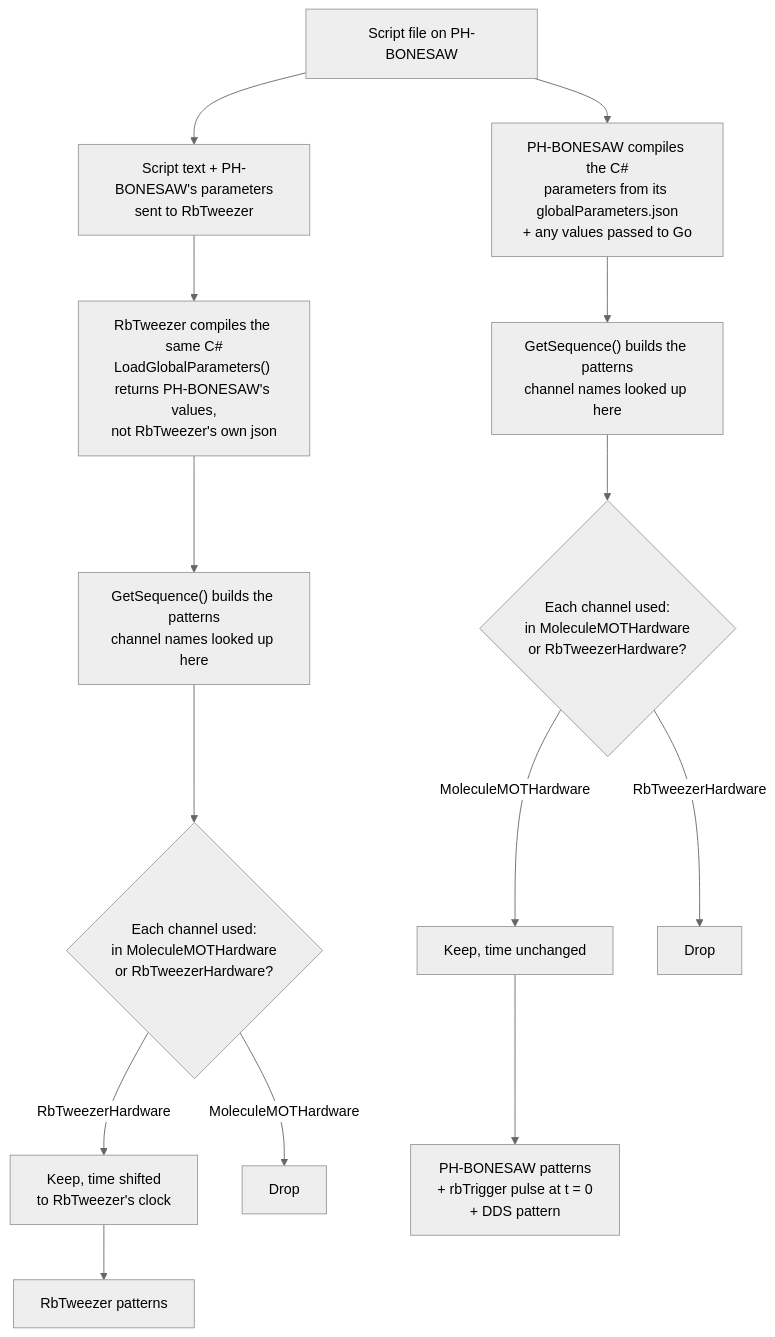
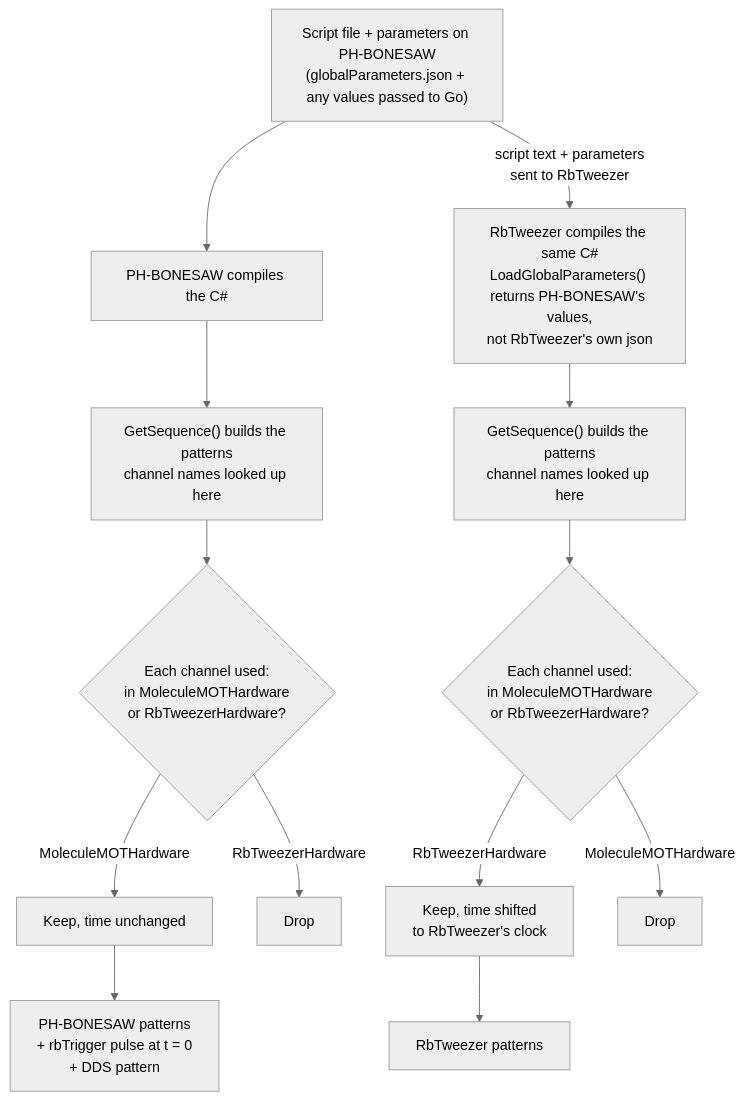
Before and after one commit to ColdMatter/EDMSuite: the first of 2 diagrams in docs/linked-motmaster-flowchart.md, drawn with Mermaid (neutral theme).

Commit message:
docs: line up the two sides of the linked script flow chart

````diff
--- a/docs/linked-motmaster-flowchart.md
+++ b/docs/linked-motmaster-flowchart.md
@@ -7,16 +7,16 @@
 ```mermaid
 flowchart TD
-    F["Script file on PH-BONESAW"] --> C1["PH-BONESAW compiles the C#<br>parameters from its globalParameters.json<br>+ any values passed to Go"]
-    F --> T["Script text + PH-BONESAW's parameters<br>sent to RbTweezer"]
-    T --> C2["RbTweezer compiles the same C#<br>LoadGlobalParameters() returns PH-BONESAW's values,<br>not RbTweezer's own json"]
+    F["Script file + parameters on PH-BONESAW<br>(globalParameters.json + any values passed to Go)"]
+    F --> C1["PH-BONESAW compiles the C#"]
+    F -- "script text + parameters<br>sent to RbTweezer" --> C2["RbTweezer compiles the same C#<br>LoadGlobalParameters() returns PH-BONESAW's values,<br>not RbTweezer's own json"]
     C1 --> G1["GetSequence() builds the patterns<br>channel names looked up here"]
     C2 --> G2["GetSequence() builds the patterns<br>channel names looked up here"]
     G1 --> Q1{"Each channel used:<br>in MoleculeMOTHardware<br>or RbTweezerHardware?"}
     G2 --> Q2{"Each channel used:<br>in MoleculeMOTHardware<br>or RbTweezerHardware?"}
     Q1 -- MoleculeMOTHardware --> K1["Keep, time unchanged"]
     Q1 -- RbTweezerHardware --> D1["Drop"]
     Q2 -- RbTweezerHardware --> K2["Keep, time shifted<br>to RbTweezer's clock"]
     Q2 -- MoleculeMOTHardware --> D2["Drop"]
     K1 --> P1["PH-BONESAW patterns<br>+ rbTrigger pulse at t = 0<br>+ DDS pattern"]
     K2 --> P2["RbTweezer patterns"]
 ```
````
